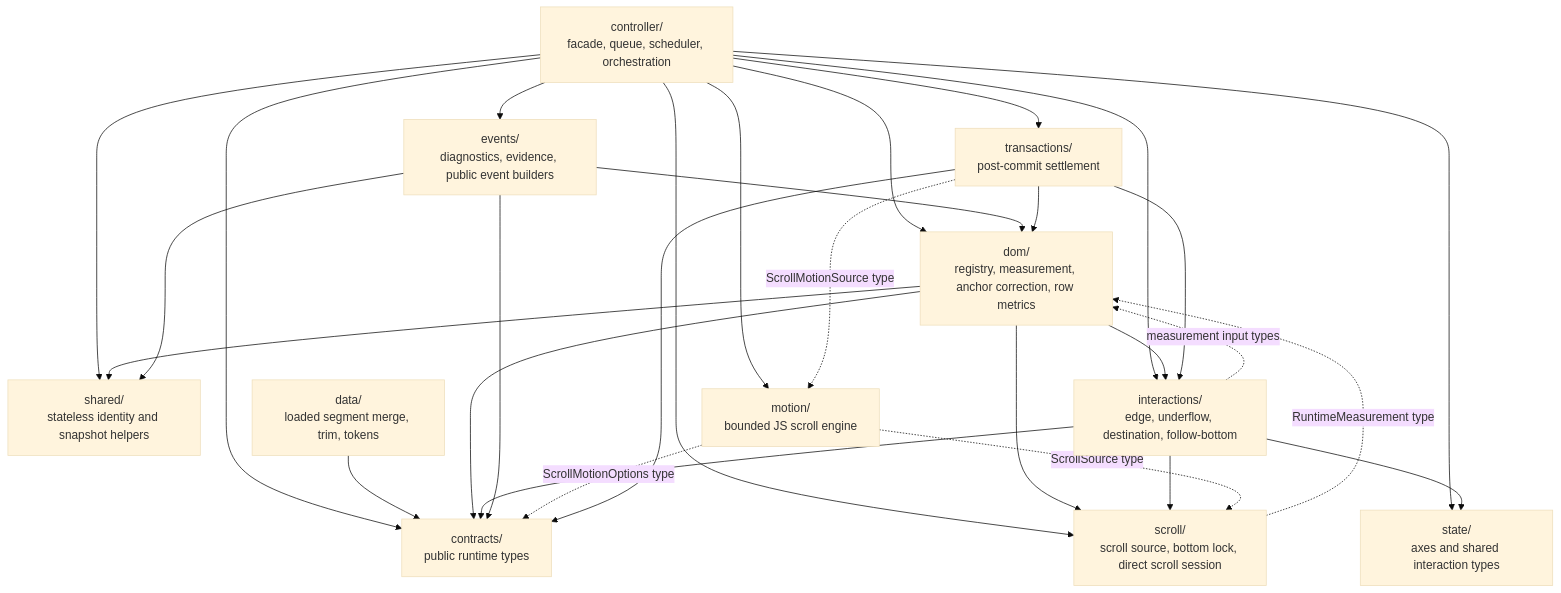
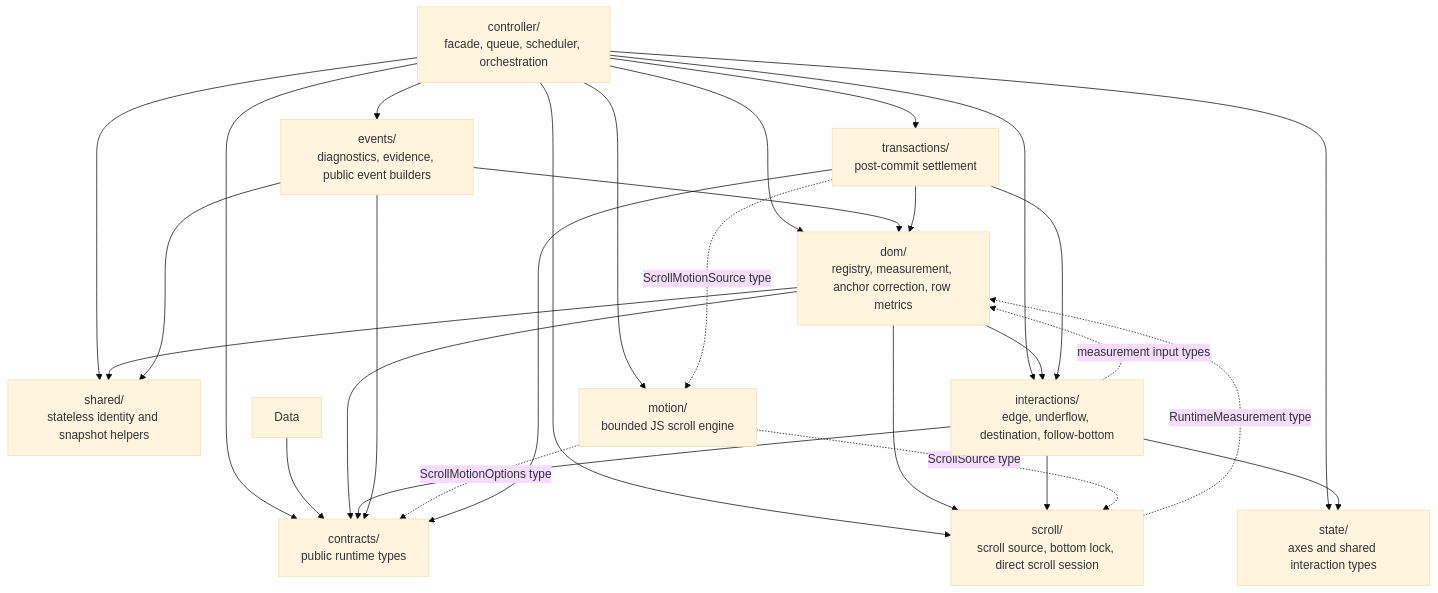
Before and after one commit to LouisGo/XMessageList: the second of 2 diagrams in docs/graph/module-boundaries.md, drawn with Mermaid (base theme). The commit also changed other lines of this file and 84 other files, not shown here.

Commit message:
feat: session id and loaded segment store refractor

````diff
--- a/docs/graph/module-boundaries.md
+++ b/docs/graph/module-boundaries.md
@@ -38,44 +38,43 @@
 ```mermaid
 flowchart TD
   Contracts["contracts/<br/>public runtime types"]
   Controller["controller/<br/>facade, queue, scheduler, orchestration"]
   Shared["shared/<br/>stateless identity and snapshot helpers"]
-  Data["data/<br/>loaded segment merge, trim, tokens"]
   DOMDomain["dom/<br/>registry, measurement, anchor correction, row metrics"]
   Scroll["scroll/<br/>scroll source, bottom lock, direct scroll session"]
   Motion["motion/<br/>bounded JS scroll engine"]
   Interactions["interactions/<br/>edge, underflow, destination, follow-bottom"]
   State["state/<br/>axes and shared interaction types"]
   Events["events/<br/>diagnostics, evidence, public event builders"]
   Transactions["transactions/<br/>post-commit settlement"]
 
   Controller --> Contracts
   Controller --> Shared
   Controller --> DOMDomain
   Controller --> Scroll
   Controller --> Motion
   Controller --> Interactions
   Controller --> State
   Controller --> Events
   Controller --> Transactions
 
   Data --> Contracts
   DOMDomain --> Contracts
   DOMDomain --> Shared
   DOMDomain --> Scroll
   DOMDomain --> Interactions
   Interactions --> Contracts
   Interactions --> State
   Interactions --> Scroll
   Interactions -.->|"measurement input types"| DOMDomain
   Events --> Contracts
   Events --> Shared
   Events --> DOMDomain
   Scroll -.->|"RuntimeMeasurement type"| DOMDomain
   Motion -.->|"ScrollMotionOptions type"| Contracts
   Motion -.->|"ScrollSource type"| Scroll
   Transactions --> Contracts
   Transactions --> DOMDomain
   Transactions --> Interactions
   Transactions -.->|"ScrollMotionSource type"| Motion
 ```
````
